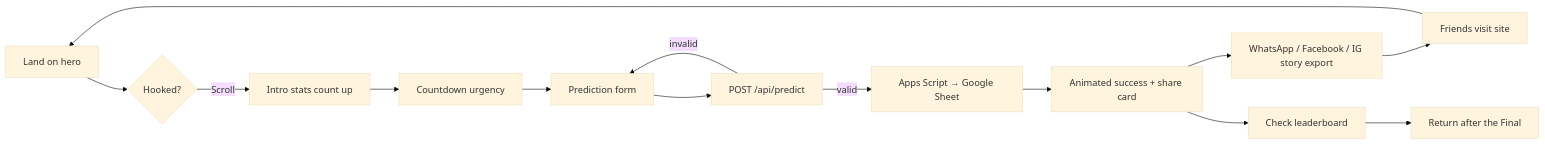
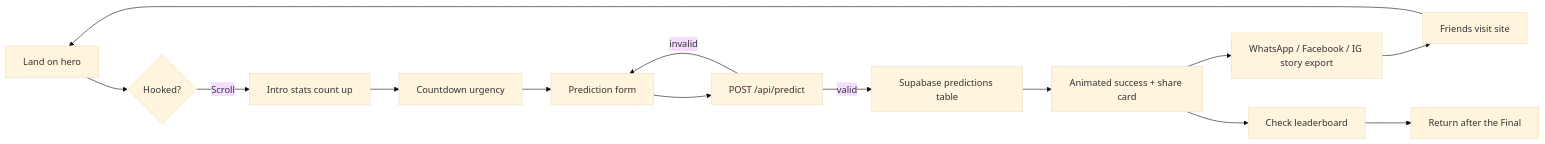
One commit to digitalmarketinghcoe/worldcup changed the third of 5 diagrams in docs/architecture.md. Above: the diagram before and after it, drawn with Mermaid (base theme). The commit also changed other lines of this file and 19 other files, not shown here.

Commit message:
feat: migrate backend from Google Sheets to Supabase and implement leaderboard computation logic

````diff
--- a/docs/architecture.md
+++ b/docs/architecture.md
@@ -48,14 +48,14 @@
 ```mermaid
 flowchart LR
     A[Land on hero] --> B{Hooked?}
     B -->|Scroll| C[Intro stats count up]
     C --> D[Countdown urgency]
     D --> E[Prediction form]
     E --> F[POST /api/predict]
-    F -->|valid| G[Apps Script → Google Sheet]
+    F -->|valid| G[Supabase predictions table]
     F -->|invalid| E
     G --> H[Animated success + share card]
     H --> I[WhatsApp / Facebook / IG story export]
     I --> J[Friends visit site] --> A
     H --> K[Check leaderboard] --> L[Return after the Final]
 ```
````
